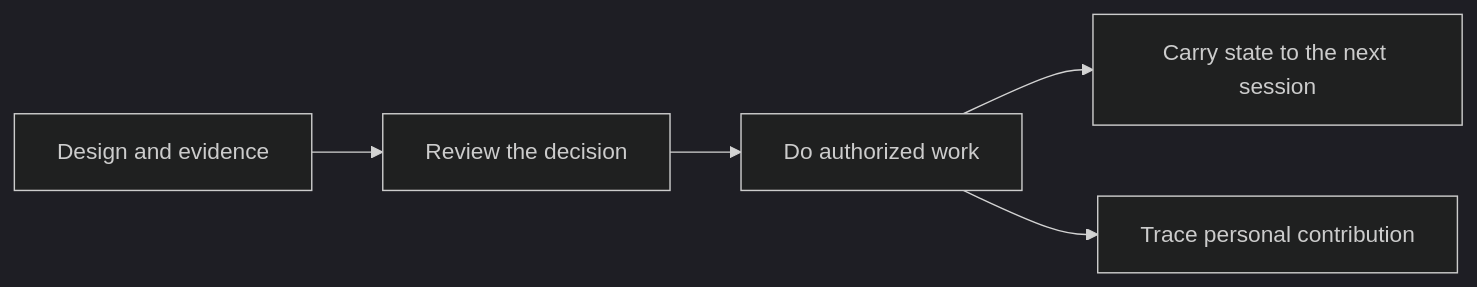
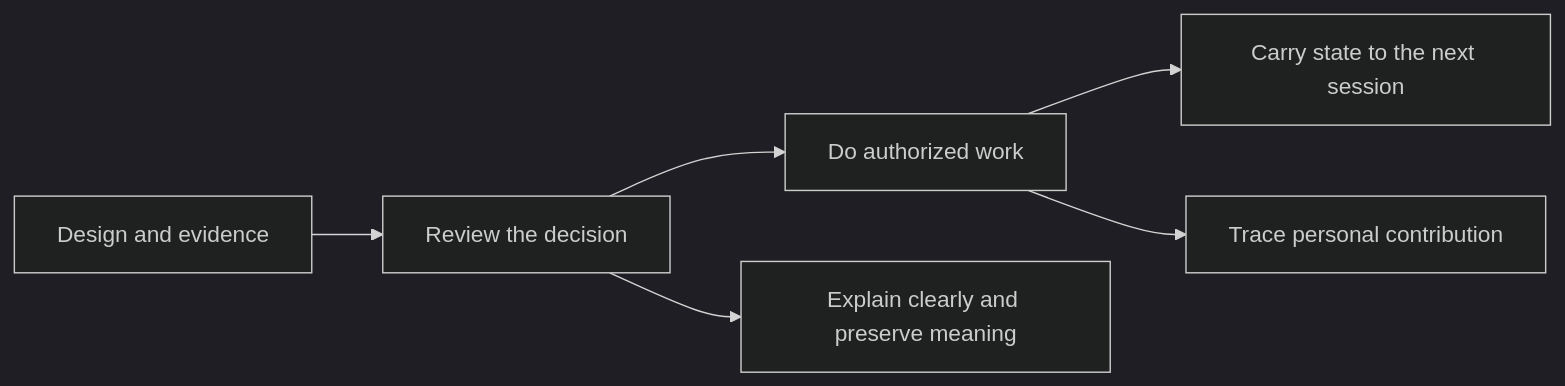
One commit to Henry2012/skills-workshop changed the diagram in README.md. Above: the diagram before and after it, drawn with Mermaid (dark theme). The commit also changed other lines of this file and 20 other files, not shown here.

````diff
--- a/README.md
+++ b/README.md
@@ -49,7 +52,8 @@
 ```mermaid
 flowchart LR
   A[Design and evidence] --> B[Review the decision]
   B --> C[Do authorized work]
   C --> D[Carry state to the next session]
   C --> E[Trace personal contribution]
+  B --> F[Explain clearly and preserve meaning]
 ```
````
